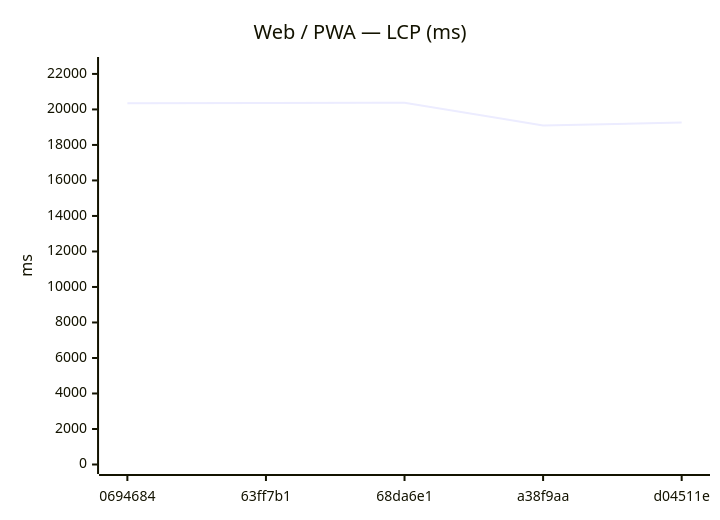
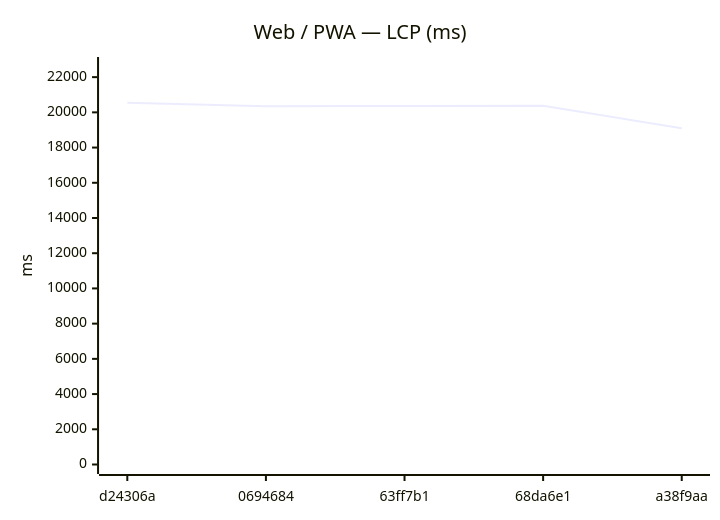
Before and after one commit to Metaheurist/Rianell: the seventh of 18 diagrams in benchmarks/compare.md, drawn with Mermaid. The commit also changed other lines of this file and 11 other files, not shown here.

````diff
--- a/benchmarks/compare.md
+++ b/benchmarks/compare.md
@@ -117,7 +117,7 @@
 ```mermaid
 xychart-beta
     title "Web / PWA — LCP (ms)"
-    x-axis ["0694684", "63ff7b1", "68da6e1", "a38f9aa", "d04511e"]
-    y-axis "ms" 0 --> 22418
-    line [20346, 20361, 20380, 19099, 19257]
+    x-axis ["d24306a", "0694684", "63ff7b1", "68da6e1", "a38f9aa"]
+    y-axis "ms" 0 --> 22604
+    line [20549, 20346, 20361, 20380, 19099]
 ```
````
